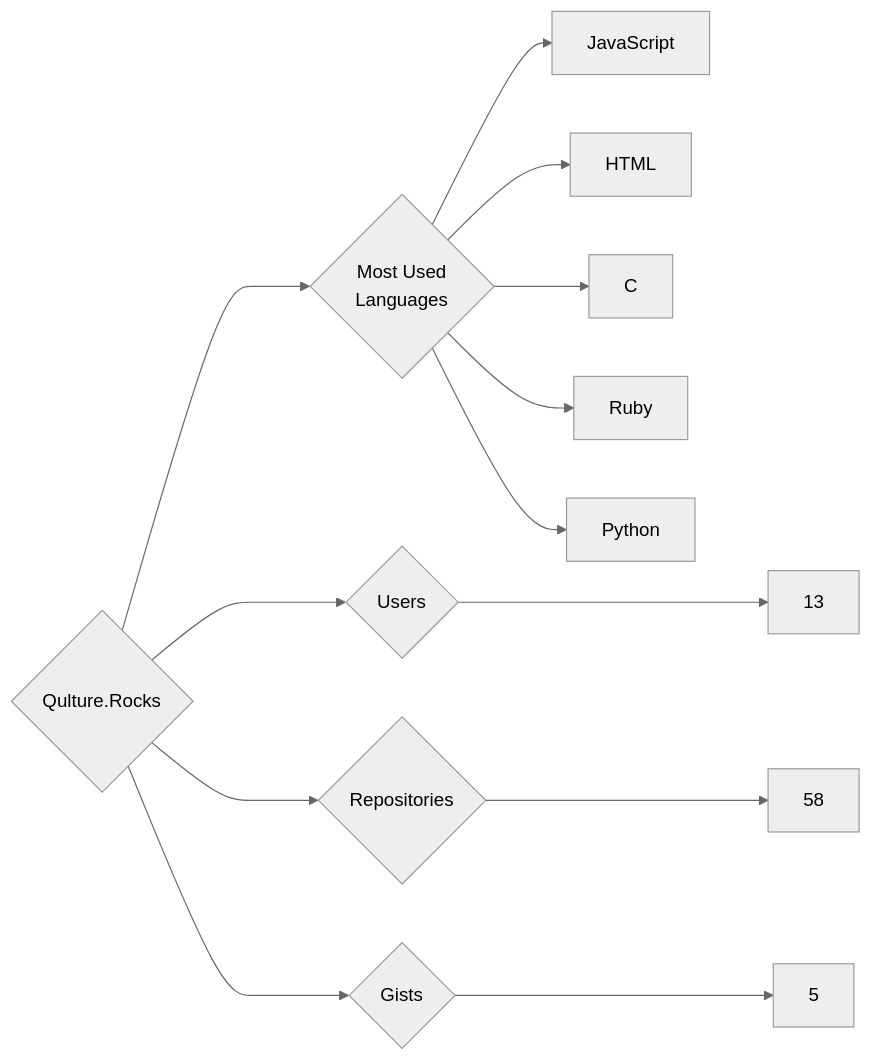
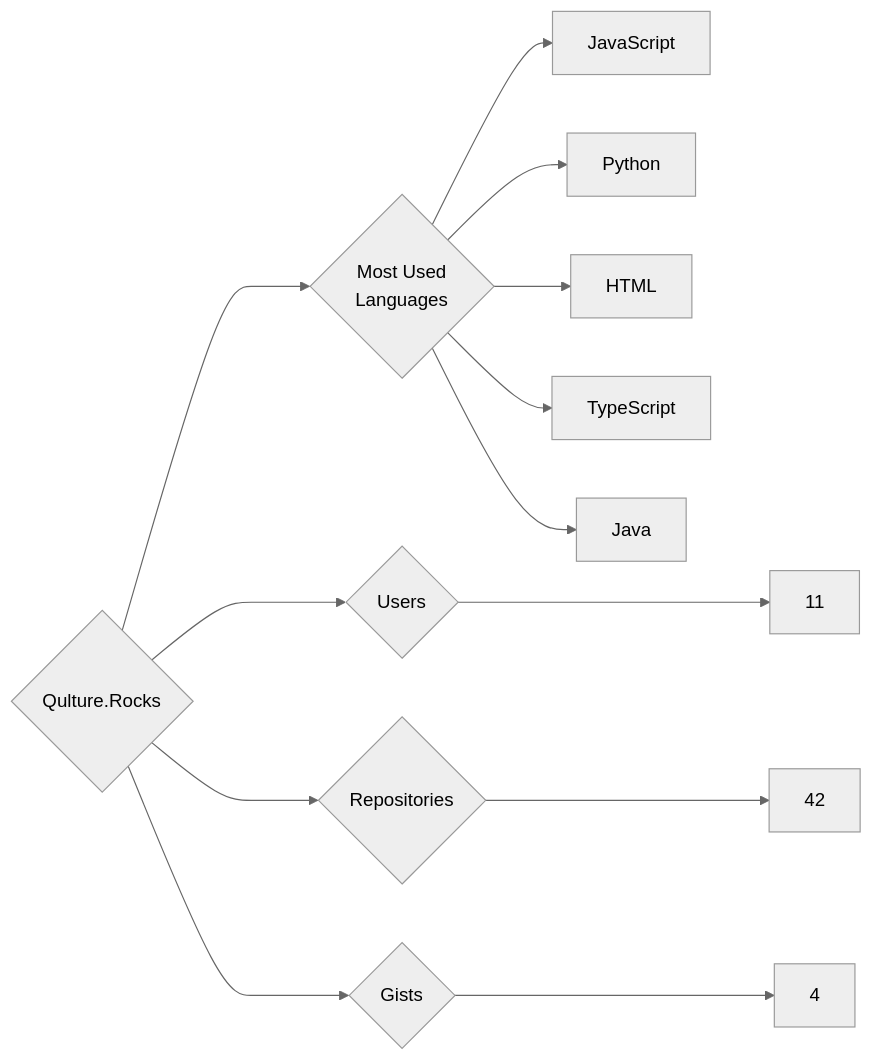
The diagram in targets/Qulture.Rocks/README.md (trickest/insiders), drawn with Mermaid (neutral theme) before and after one commit. The commit also changed 969 other files, not shown here.

````diff
--- a/targets/Qulture.Rocks/README.md
+++ b/targets/Qulture.Rocks/README.md
@@ -3,13 +3,13 @@
 ```mermaid
 graph LR
 COMPANY_NAME{Qulture.Rocks}
-COMPANY_NAME ---> U{Users} ---> UN[13]
-COMPANY_NAME ---> R{Repositories} ---> RN[58]
-COMPANY_NAME ---> G{Gists} ---> GN[5]
+COMPANY_NAME ---> U{Users} ---> UN[11]
+COMPANY_NAME ---> R{Repositories} ---> RN[42]
+COMPANY_NAME ---> G{Gists} ---> GN[4]
 COMPANY_NAME ---> ML{Most Used<br>Languages}
 ML --> JavaScript[JavaScript]
+ML --> Python[Python]
 ML --> HTML[HTML]
-ML --> C[C]
-ML --> Ruby[Ruby]
-ML --> Python[Python]
+ML --> TypeScript[TypeScript]
+ML --> Java[Java]
 ```
````
